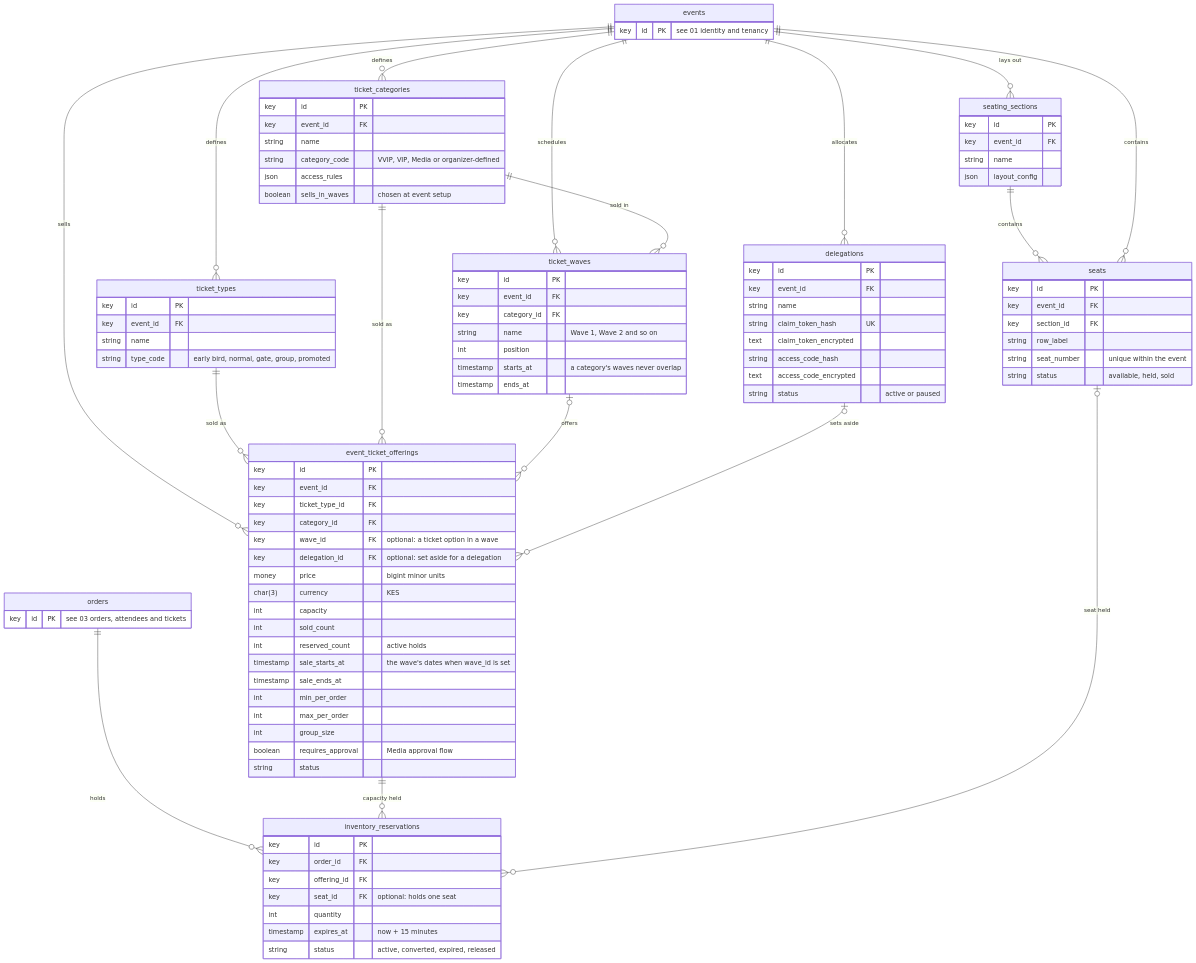
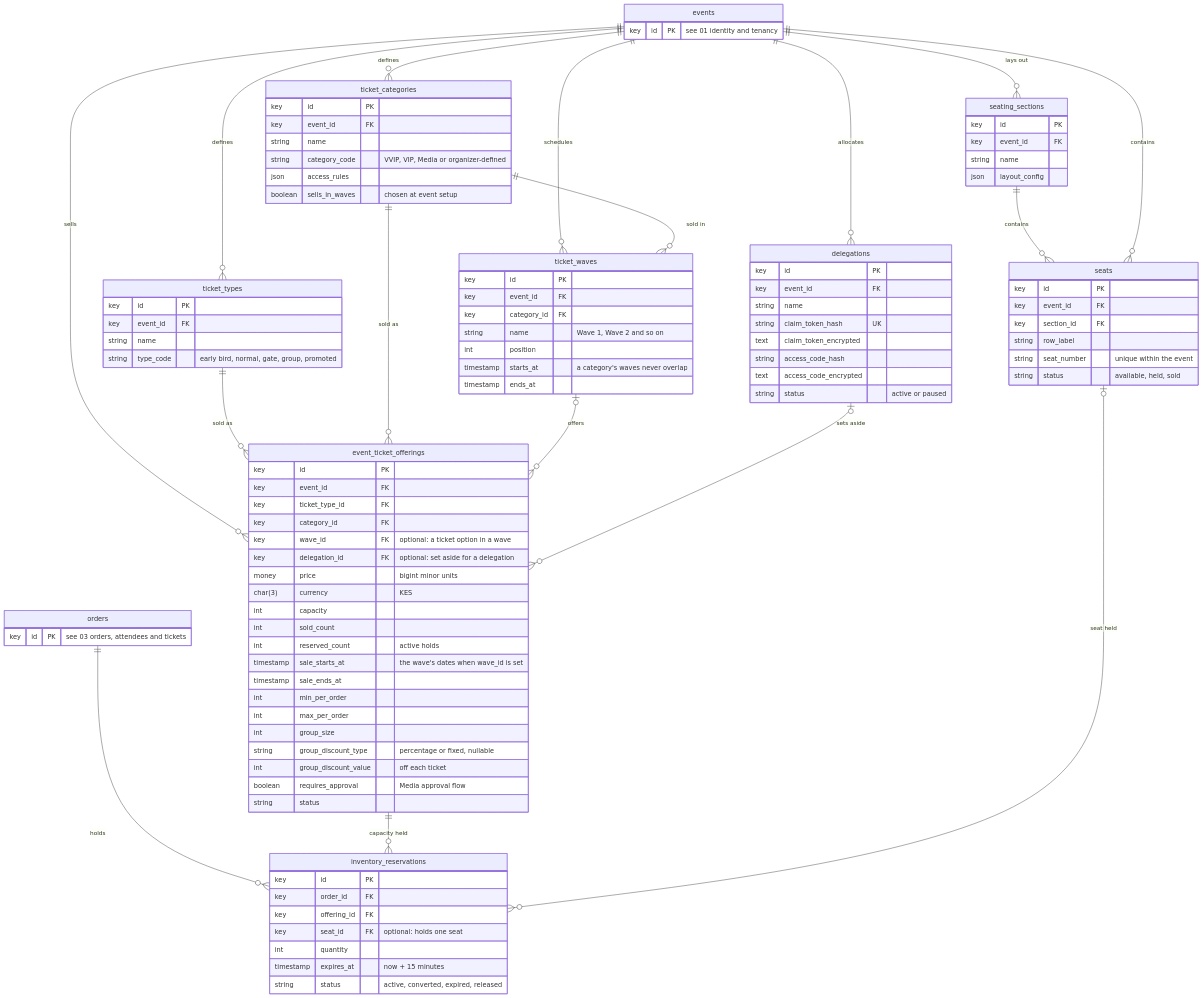
Before and after one commit to kreativesahara/ticket: the diagram in doc/diagrams/erd/02-ticket-configuration-and-inventory.mmd, drawn with Mermaid. The commit also changed 4 other files, not shown here.

Commit message:
docs: update version 1.17 specifications and add ERD diagram for ticket configuration and inventory

```diff
--- a/doc/diagrams/erd/02-ticket-configuration-and-inventory.mmd
+++ b/doc/diagrams/erd/02-ticket-configuration-and-inventory.mmd
@@ -1,100 +1,102 @@
 erDiagram
     events {
         key id PK "see 01 identity and tenancy"
     }
     orders {
         key id PK "see 03 orders, attendees and tickets"
     }
     ticket_types {
         key id PK
         key event_id FK
         string name
         string type_code "early bird, normal, gate, group, promoted"
     }
     ticket_categories {
         key id PK
         key event_id FK
         string name
         string category_code "VVIP, VIP, Media or organizer-defined"
         json access_rules
         boolean sells_in_waves "chosen at event setup"
     }
     ticket_waves {
         key id PK
         key event_id FK
         key category_id FK
         string name "Wave 1, Wave 2 and so on"
         int position
         timestamp starts_at "a category's waves never overlap"
         timestamp ends_at
     }
     event_ticket_offerings {
         key id PK
         key event_id FK
         key ticket_type_id FK
         key category_id FK
         key wave_id FK "optional: a ticket option in a wave"
         key delegation_id FK "optional: set aside for a delegation"
         money price "bigint minor units"
         char(3) currency "KES"
         int capacity
         int sold_count
         int reserved_count "active holds"
         timestamp sale_starts_at "the wave's dates when wave_id is set"
         timestamp sale_ends_at
         int min_per_order
         int max_per_order
         int group_size
+        string group_discount_type "percentage or fixed, nullable"
+        int group_discount_value "off each ticket"
         boolean requires_approval "Media approval flow"
         string status
     }
     delegations {
         key id PK
         key event_id FK
         string name
         string claim_token_hash UK
         text claim_token_encrypted
         string access_code_hash
         text access_code_encrypted
         string status "active or paused"
     }
     seating_sections {
         key id PK
         key event_id FK
         string name
         json layout_config
     }
     seats {
         key id PK
         key event_id FK
         key section_id FK
         string row_label
         string seat_number "unique within the event"
         string status "available, held, sold"
     }
     inventory_reservations {
         key id PK
         key order_id FK
         key offering_id FK
         key seat_id FK "optional: holds one seat"
         int quantity
         timestamp expires_at "now + 15 minutes"
         string status "active, converted, expired, released"
     }
 
     events ||--o{ ticket_types : "defines"
     events ||--o{ ticket_categories : "defines"
     events ||--o{ ticket_waves : "schedules"
     ticket_categories ||--o{ ticket_waves : "sold in"
     events ||--o{ event_ticket_offerings : "sells"
     ticket_types ||--o{ event_ticket_offerings : "sold as"
     ticket_categories ||--o{ event_ticket_offerings : "sold as"
     ticket_waves |o--o{ event_ticket_offerings : "offers"
     events ||--o{ delegations : "allocates"
     delegations |o--o{ event_ticket_offerings : "sets aside"
     events ||--o{ seating_sections : "lays out"
     seating_sections ||--o{ seats : "contains"
     events ||--o{ seats : "contains"
     orders ||--o{ inventory_reservations : "holds"
     event_ticket_offerings ||--o{ inventory_reservations : "capacity held"
     seats |o--o{ inventory_reservations : "seat held"
```
